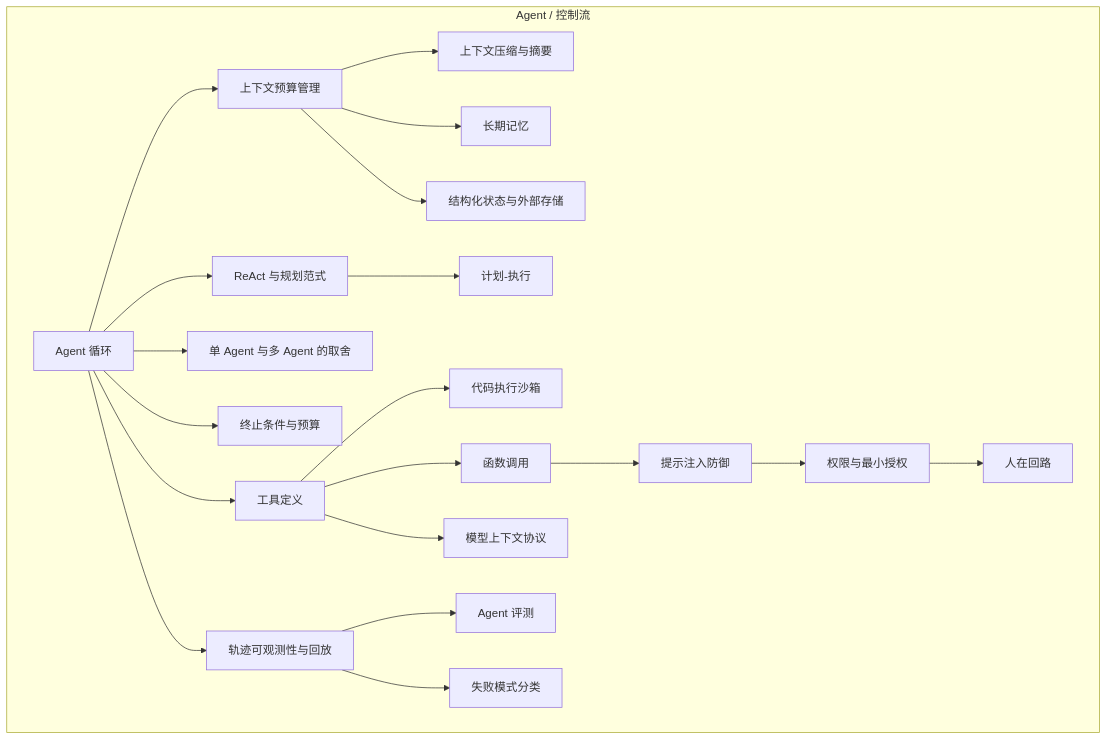
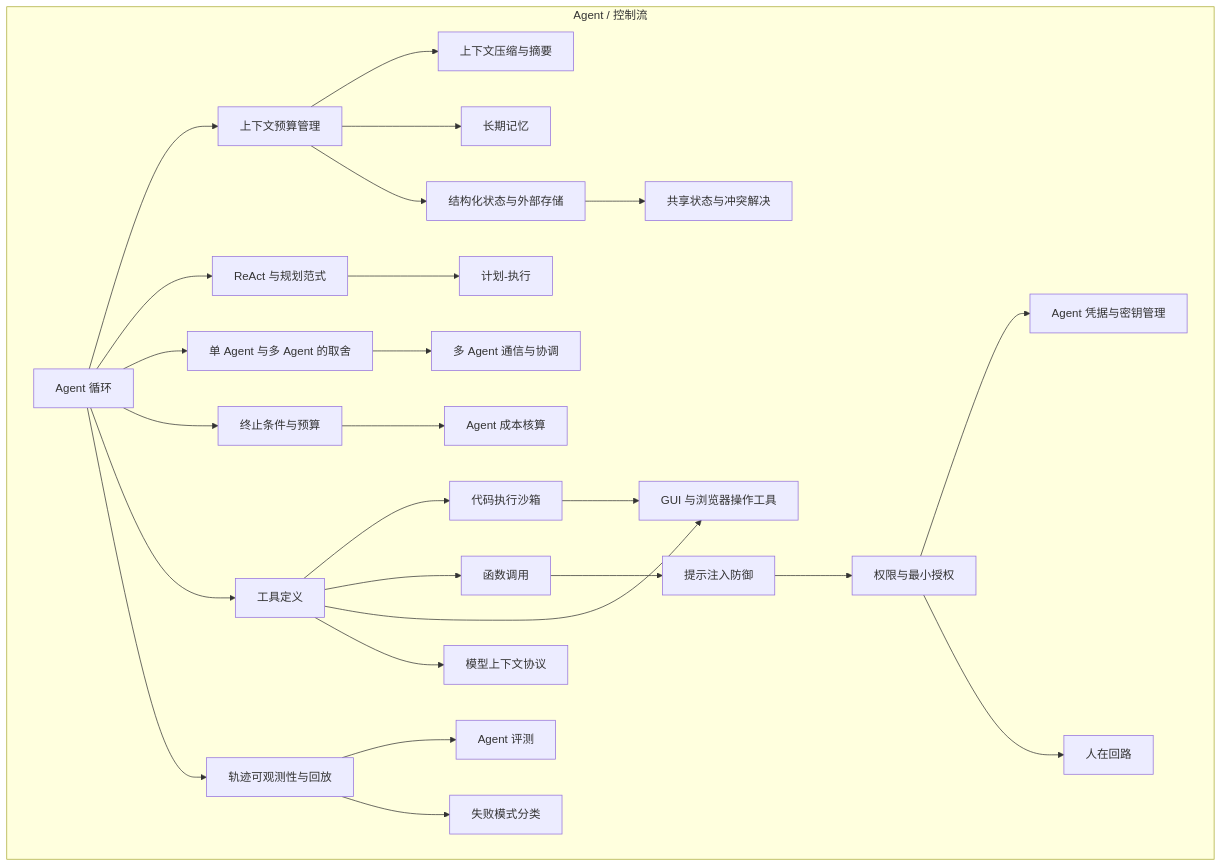
One commit to paike309/concept-atlas changed the diagram in maps/agent.md. Above: the diagram before and after it, drawn with Mermaid. The commit also changed 38 other files, not shown here.

````diff
--- a/maps/agent.md
+++ b/maps/agent.md
@@ -11,42 +11,53 @@
 ```mermaid
 flowchart TD
     subgraph G_agent["Agent / 控制流"]
+    n_agent_cost_accounting["Agent 成本核算"]
+    n_agent_credentials["Agent 凭据与密钥管理"]
     n_agent_evaluation["Agent 评测"]
     n_agent_loop["Agent 循环"]
     n_code_execution_sandbox["代码执行沙箱"]
     n_context_budget["上下文预算管理"]
     n_context_compression["上下文压缩与摘要"]
     n_failure_modes["失败模式分类"]
     n_function_calling["函数调用"]
+    n_gui_and_browser_tools["GUI 与浏览器操作工具"]
     n_human_in_the_loop["人在回路"]
     n_least_privilege["权限与最小授权"]
     n_long_term_memory["长期记忆"]
     n_mcp["模型上下文协议"]
+    n_multi_agent_coordination["多 Agent 通信与协调"]
     n_plan_and_execute["计划-执行"]
     n_prompt_injection_defense["提示注入防御"]
     n_react_and_planning["ReAct 与规划范式"]
+    n_shared_state_and_conflict["共享状态与冲突解决"]
     n_single_vs_multi_agent["单 Agent 与多 Agent 的取舍"]
     n_structured_state["结构化状态与外部存储"]
     n_termination_and_budget["终止条件与预算"]
     n_tool_definition["工具定义"]
     n_trajectory_observability["轨迹可观测性与回放"]
     end
+    n_termination_and_budget --> n_agent_cost_accounting
+    n_least_privilege --> n_agent_credentials
     n_trajectory_observability --> n_agent_evaluation
     n_tool_definition --> n_code_execution_sandbox
     n_agent_loop --> n_context_budget
     n_context_budget --> n_context_compression
     n_trajectory_observability --> n_failure_modes
     n_tool_definition --> n_function_calling
+    n_tool_definition --> n_gui_and_browser_tools
+    n_code_execution_sandbox --> n_gui_and_browser_tools
     n_least_privilege --> n_human_in_the_loop
     n_prompt_injection_defense --> n_least_privilege
     n_context_budget --> n_long_term_memory
     n_tool_definition --> n_mcp
+    n_single_vs_multi_agent --> n_multi_agent_coordination
     n_react_and_planning --> n_plan_and_execute
     n_function_calling --> n_prompt_injection_defense
     n_agent_loop --> n_react_and_planning
+    n_structured_state --> n_shared_state_and_conflict
     n_agent_loop --> n_single_vs_multi_agent
     n_context_budget --> n_structured_state
     n_agent_loop --> n_termination_and_budget
     n_agent_loop --> n_tool_definition
     n_agent_loop --> n_trajectory_observability
 ```
````
